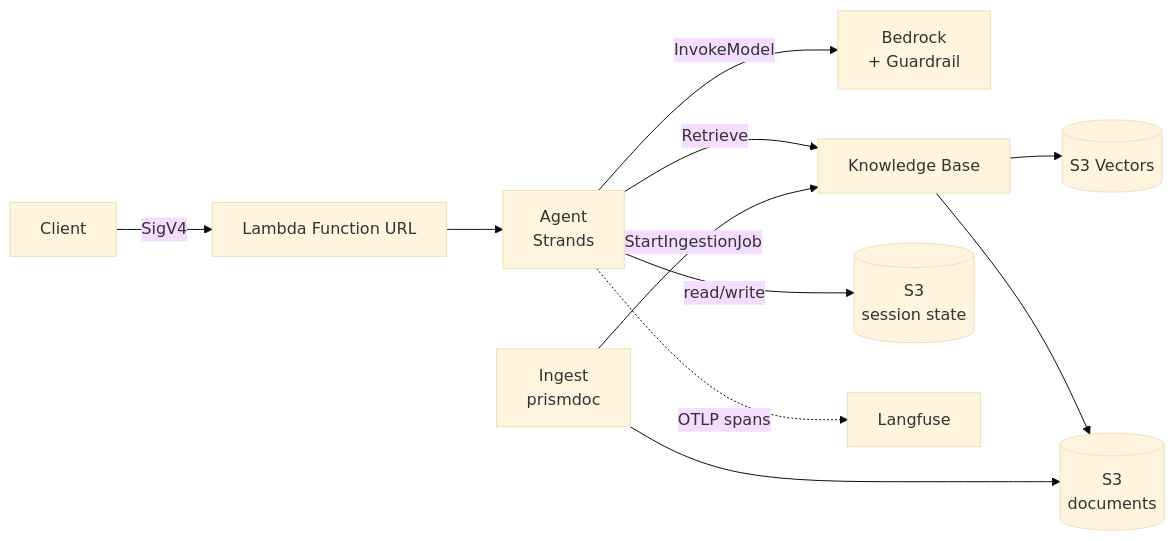
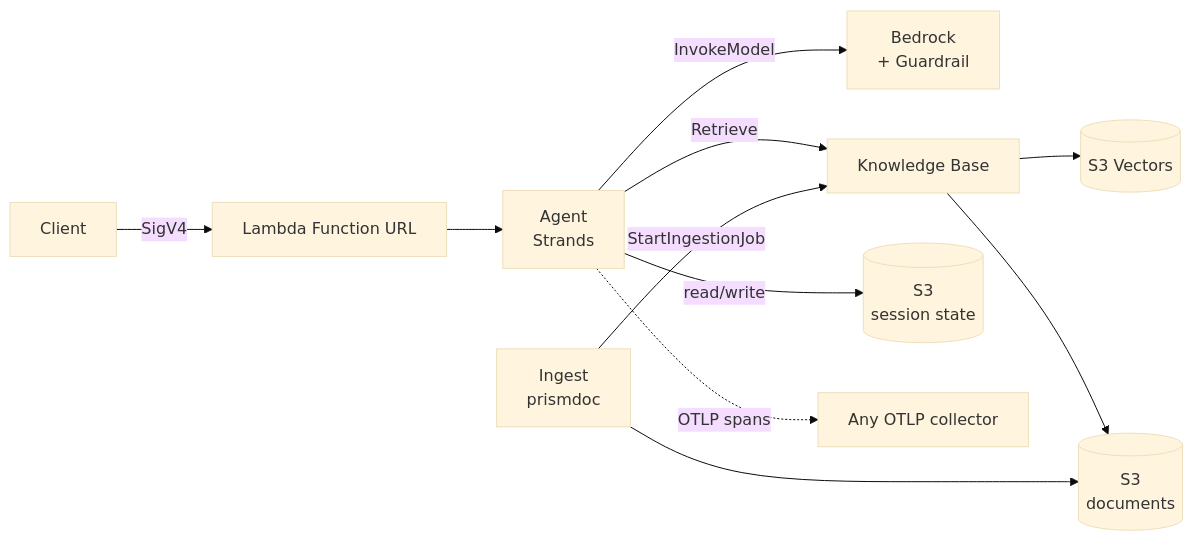
One commit to gnutvz/AWS-GenAI-Platform changed the first of 2 diagrams in docs/architecture.md. Above: the diagram before and after it, drawn with Mermaid (base theme). The commit also changed other lines of this file and 14 other files, not shown here.

````diff
--- a/docs/architecture.md
+++ b/docs/architecture.md
@@ -8,16 +8,16 @@
 ```mermaid
 flowchart LR
     U[Client] -->|SigV4| FU[Lambda Function URL]
     FU --> AG[Agent<br/>Strands]
 
     AG -->|InvokeModel| BR[Bedrock<br/>+ Guardrail]
     AG -->|Retrieve| KB[Knowledge Base]
     AG -->|read/write| SS[(S3<br/>session state)]
-    AG -.->|OTLP spans| LF[Langfuse]
+    AG -.->|OTLP spans| LF[Any OTLP collector]
 
     KB --> VS[(S3 Vectors)]
     KB --> DOC[(S3<br/>documents)]
 
     ING[Ingest<br/>prismdoc] --> DOC
     ING -->|StartIngestionJob| KB
 ```
````
